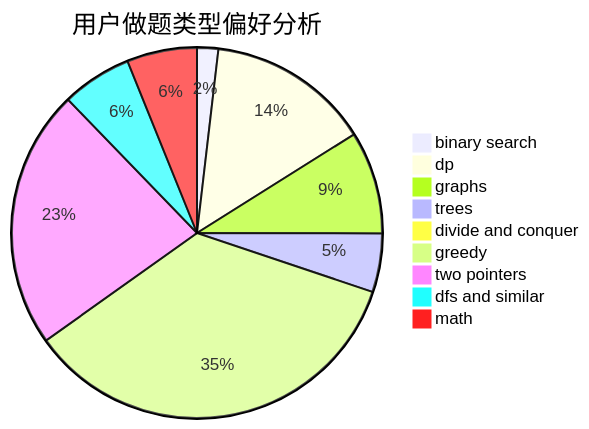
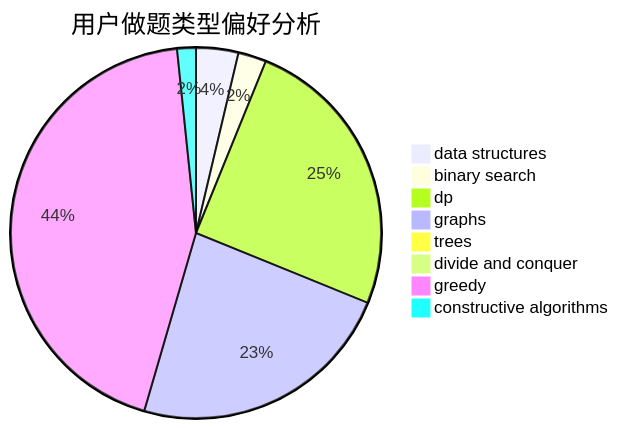
Before and after one commit to sherpahu/cfrs.github.io: the second of 3 diagrams in docs/user/u772.md, drawn with Mermaid. The commit also changed other lines of this file and 2775 other files, not shown here.

````diff
--- a/docs/user/u772.md
+++ b/docs/user/u772.md
@@ -23,12 +23,11 @@
 ```mermaid
 pie title 用户做题类型偏好分析
-    "binary search" :  13
-    "dp" :  100
-    "graphs" :  63
-    "trees" :  36
+    "data structures" :  9
+    "binary search" :  6
+    "dp" :  61
+    "graphs" :  57
+    "trees" :  0
     "divide and conquer" :  0
-    "greedy" :  246
-    "two pointers" :  159
-    "dfs and similar" :  43
-    "math" :  43
+    "greedy" :  107
+    "constructive algorithms" :  4
 ```
````
